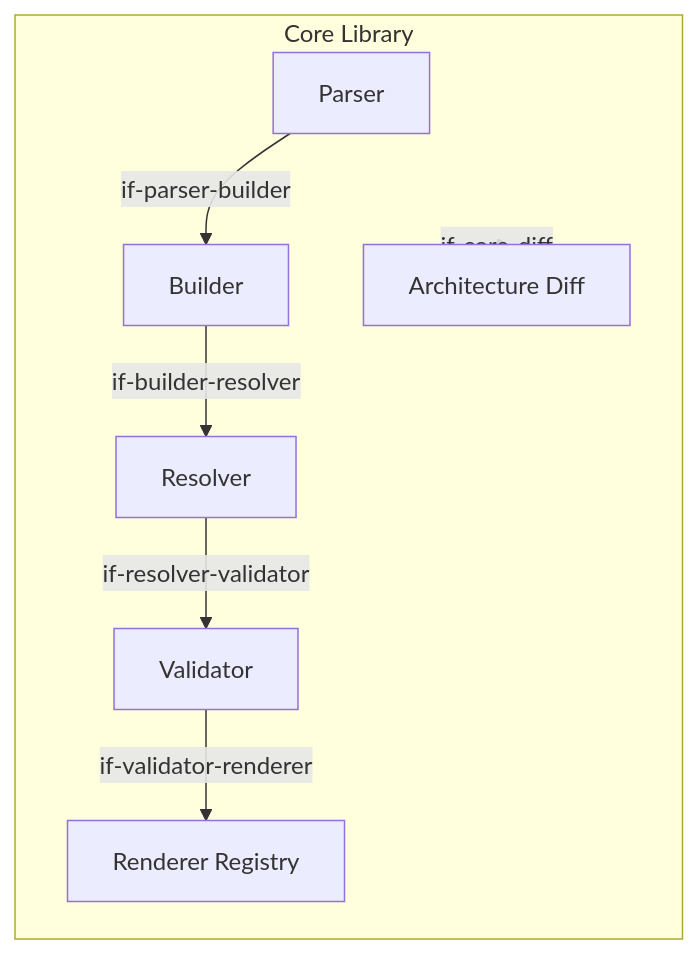
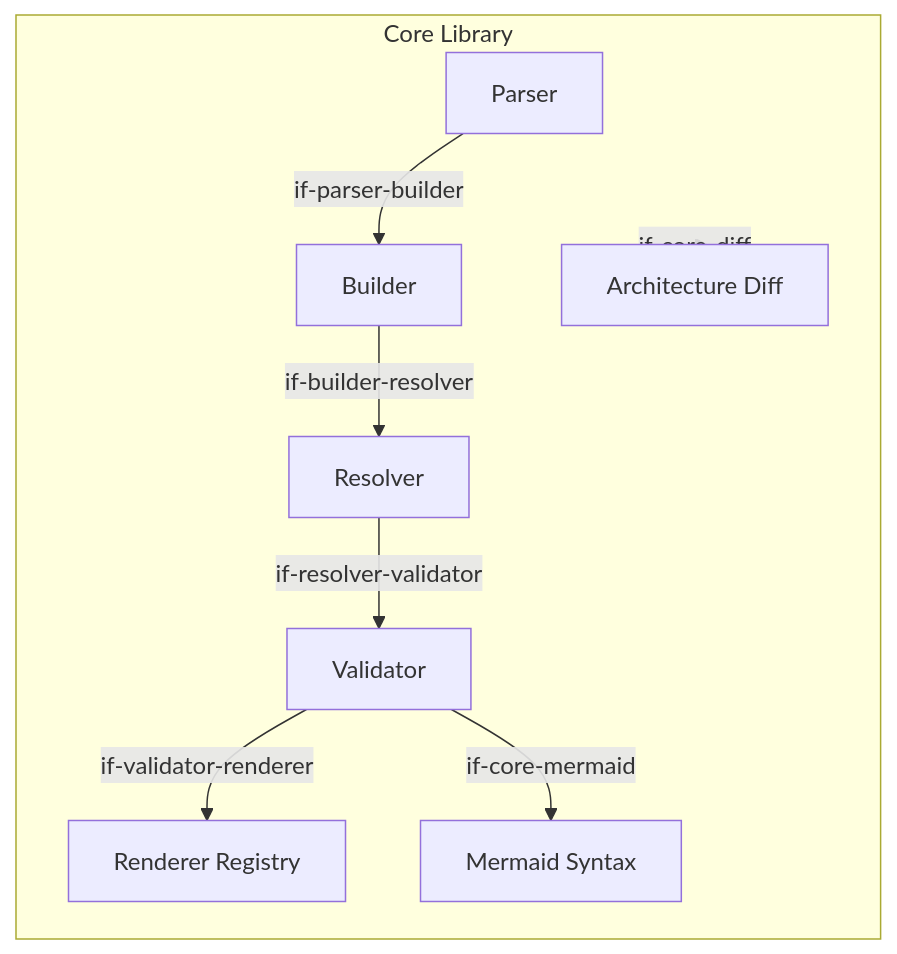
The second of 2 diagrams in docs/arc42/05-building-blocks.arc42.md (docToolchain/arc42-language), drawn with Mermaid before and after one commit. The commit also changed other lines of this file and 3 other files, not shown here.

````diff
--- a/docs/arc42/05-building-blocks.arc42.md
+++ b/docs/arc42/05-building-blocks.arc42.md
@@ -69,17 +72,19 @@
 ```mermaid
 graph TD
     subgraph bb-core["Core Library"]
         bb-parser["Parser"]
         bb-builder["Builder"]
         bb-resolver["Resolver"]
         bb-validator["Validator"]
         bb-renderer["Renderer Registry"]
         bb-diff["Architecture Diff"]
+        bb-mermaid["Mermaid Syntax"]
     end
 
     bb-parser -->|"if-parser-builder"| bb-builder
     bb-builder -->|"if-builder-resolver"| bb-resolver
     bb-resolver -->|"if-resolver-validator"| bb-validator
     bb-validator -->|"if-validator-renderer"| bb-renderer
     bb-core -->|"if-core-diff"| bb-diff
+    bb-validator -->|"if-core-mermaid"| bb-mermaid
 ```
````
